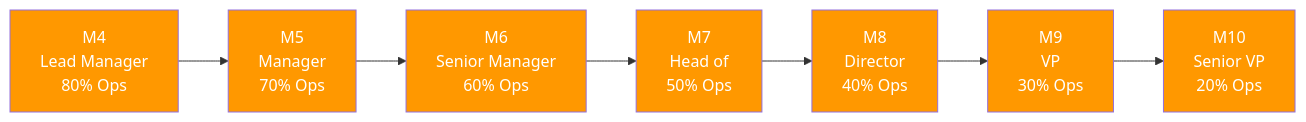
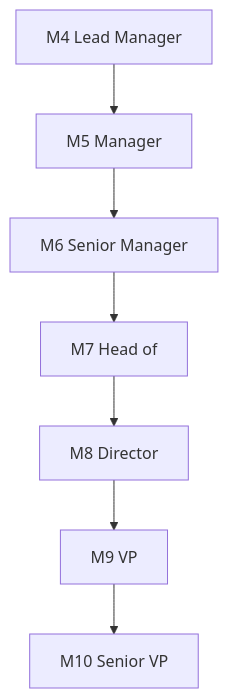
The diagram in docs/en/people/careers/levels-management.md (ultralytics/handbook), drawn with Mermaid before and after one commit. The commit also changed 16 other files, not shown here.

Commit message:
Migrate handbook Mermaid diagrams to the unified design system (#363)

````diff
--- a/docs/en/people/careers/levels-management.md
+++ b/docs/en/people/careers/levels-management.md
@@ -16,11 +16,9 @@
 ```mermaid
-flowchart LR
-    M4["M4<br/>Lead Manager<br/>80% Ops"]:::decide --> M5["M5<br/>Manager<br/>70% Ops"]:::decide
-    M5 --> M6["M6<br/>Senior Manager<br/>60% Ops"]:::decide
-    M6 --> M7["M7<br/>Head of<br/>50% Ops"]:::decide
-    M7 --> M8["M8<br/>Director<br/>40% Ops"]:::decide
-    M8 --> M9["M9<br/>VP<br/>30% Ops"]:::decide
-    M9 --> M10["M10<br/>Senior VP<br/>20% Ops"]:::decide
-
-    classDef decide fill:#FF9800,color:#fff
+flowchart TD
+    M4[M4 Lead Manager] --> M5[M5 Manager]
+    M5 --> M6[M6 Senior Manager]
+    M6 --> M7[M7 Head of]
+    M7 --> M8[M8 Director]
+    M8 --> M9[M9 VP]
+    M9 --> M10[M10 Senior VP]
 ```
````
